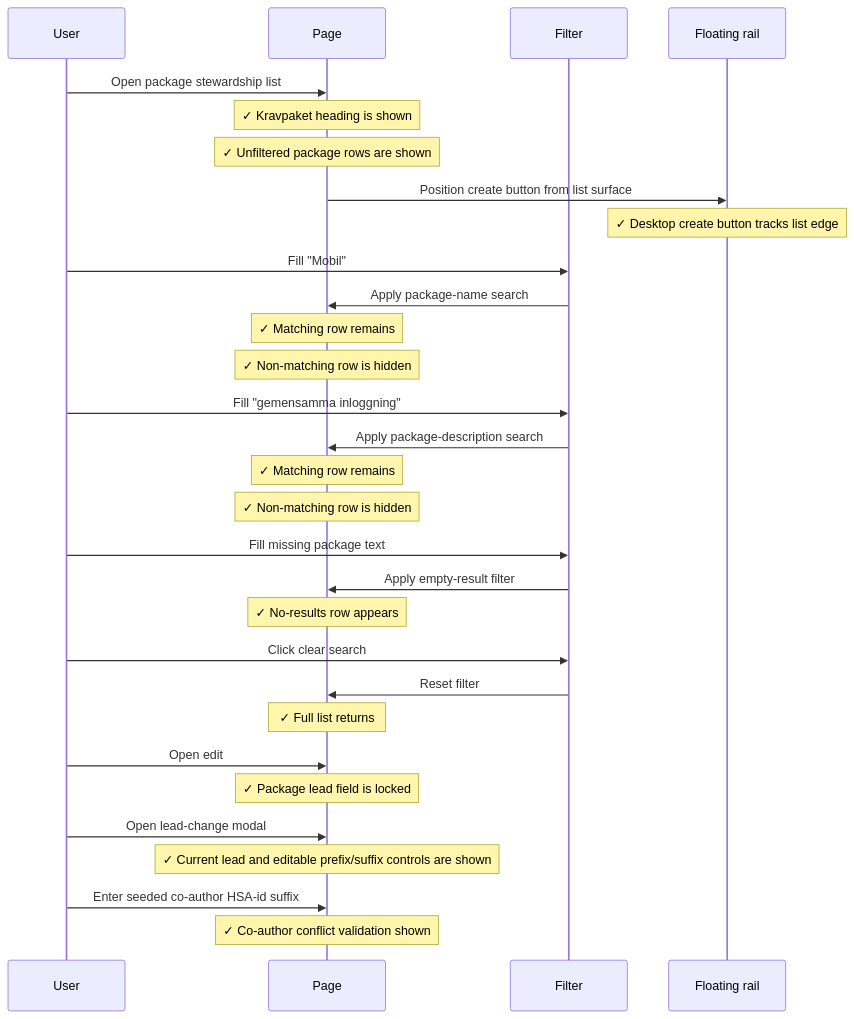
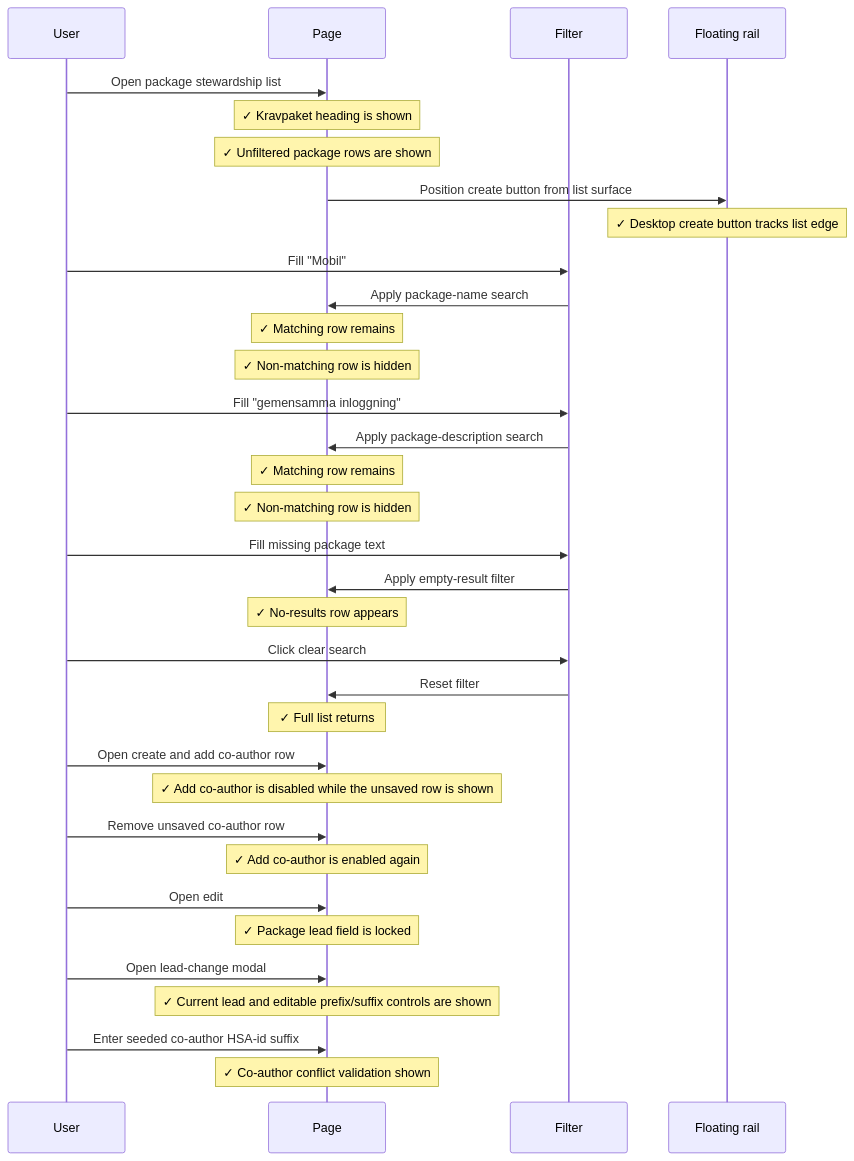
The second of 3 diagrams in tests/integration/requirement-packages-list.md (viscalyx/Kravhantering), drawn with Mermaid before and after one commit. The commit also changed other lines of this file and 6 other files, not shown here.

Commit message:
feat: implement unsaved co-author entry handling and update related UI and tests

````diff
--- a/tests/integration/requirement-packages-list.md
+++ b/tests/integration/requirement-packages-list.md
@@ -86,33 +90,37 @@
 ```mermaid
 sequenceDiagram
     participant U as User
     participant P as Page
     participant F as Filter
     participant R as Floating rail
 
     U->>P: Open package stewardship list
     Note over P: ✓ Kravpaket heading is shown
     Note over P: ✓ Unfiltered package rows are shown
     P->>R: Position create button from list surface
     Note over R: ✓ Desktop create button tracks list edge
     U->>F: Fill "Mobil"
     F->>P: Apply package-name search
     Note over P: ✓ Matching row remains
     Note over P: ✓ Non-matching row is hidden
     U->>F: Fill "gemensamma inloggning"
     F->>P: Apply package-description search
     Note over P: ✓ Matching row remains
     Note over P: ✓ Non-matching row is hidden
     U->>F: Fill missing package text
     F->>P: Apply empty-result filter
     Note over P: ✓ No-results row appears
     U->>F: Click clear search
     F->>P: Reset filter
     Note over P: ✓ Full list returns
+    U->>P: Open create and add co-author row
+    Note over P: ✓ Add co-author is disabled while the unsaved row is shown
+    U->>P: Remove unsaved co-author row
+    Note over P: ✓ Add co-author is enabled again
     U->>P: Open edit
     Note over P: ✓ Package lead field is locked
     U->>P: Open lead-change modal
     Note over P: ✓ Current lead and editable prefix/suffix controls are shown
     U->>P: Enter seeded co-author HSA-id suffix
     Note over P: ✓ Co-author conflict validation shown
 ```
````
